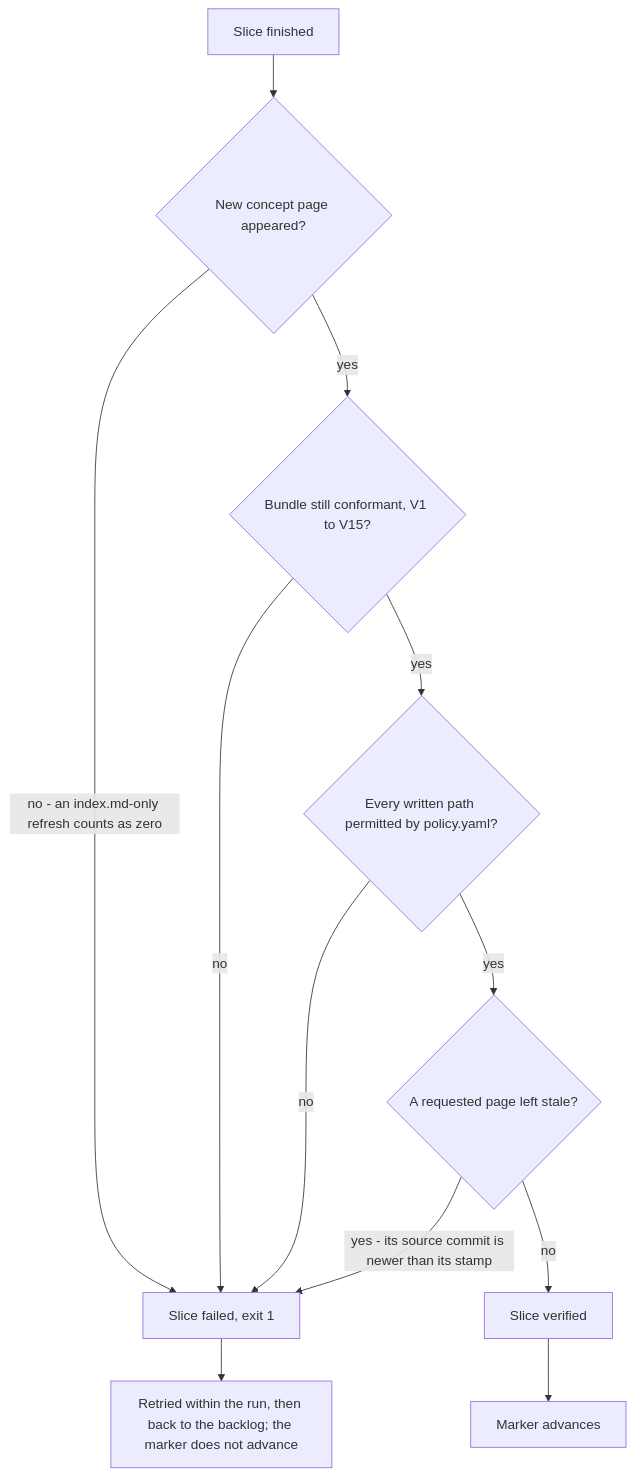
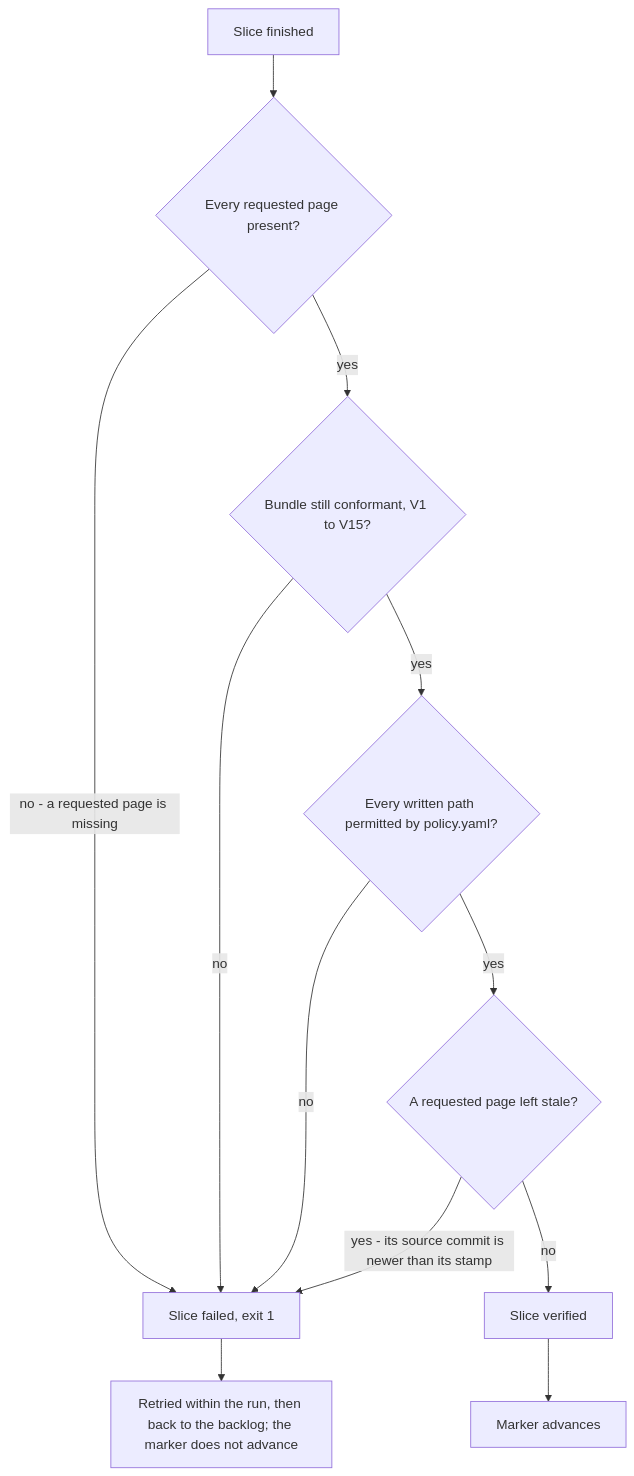
The second of 2 diagrams in openwiki/runbooks/wiki-maintenance.md (jumbleknot/MovieCollectionManager), drawn with Mermaid before and after one commit. The commit also changed other lines of this file and 3 other files, not shown here.

````diff
--- a/openwiki/runbooks/wiki-maintenance.md
+++ b/openwiki/runbooks/wiki-maintenance.md
@@ -140,14 +140,14 @@
 ```mermaid
 flowchart TD
-    A["Slice finished"] --> B{"New concept page appeared?"}
-    B -->|"no - an index.md-only refresh counts as zero"| F["Slice failed, exit 1"]
+    A["Slice finished"] --> B{"Every requested page present?"}
+    B -->|"no - a requested page is missing"| F["Slice failed, exit 1"]
     B -->|yes| C{"Bundle still conformant, V1 to V15?"}
     C -->|no| F
     C -->|yes| D{"Every written path permitted by policy.yaml?"}
     D -->|no| F
     D -->|yes| E{"A requested page left stale?"}
     E -->|"yes - its source commit is newer than its stamp"| F
     E -->|no| G["Slice verified"]
     F --> H["Retried within the run, then back to the backlog; the marker does not advance"]
     G --> I["Marker advances"]
 ```
````
